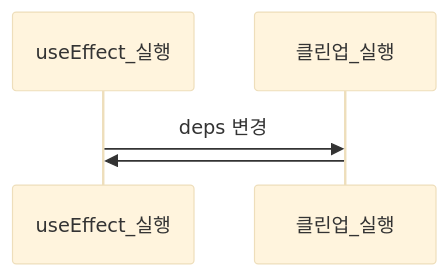
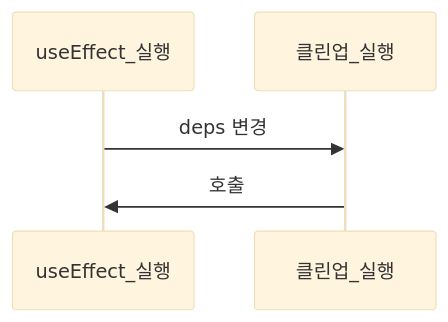
The second of 5 diagrams in _posts/frontend/2026-05-01-react.md (yjkim2015/yjkim2015.github.io), drawn with Mermaid (base theme) before and after one commit. The commit also changed 85 other files, not shown here.

First line of the commit message:
sequenceDiagram 문법 에러 2차 수정 169개 (86파일)

````diff
--- a/_posts/frontend/2026-05-01-react.md
+++ b/_posts/frontend/2026-05-01-react.md
@@ -122,5 +122,5 @@
 ```mermaid
 sequenceDiagram
     useEffect_실행->>클린업_실행: deps 변경
-    클린업_실행->>useEffect_실행: 
+    클린업_실행->>useEffect_실행: 호출
 ```
````
